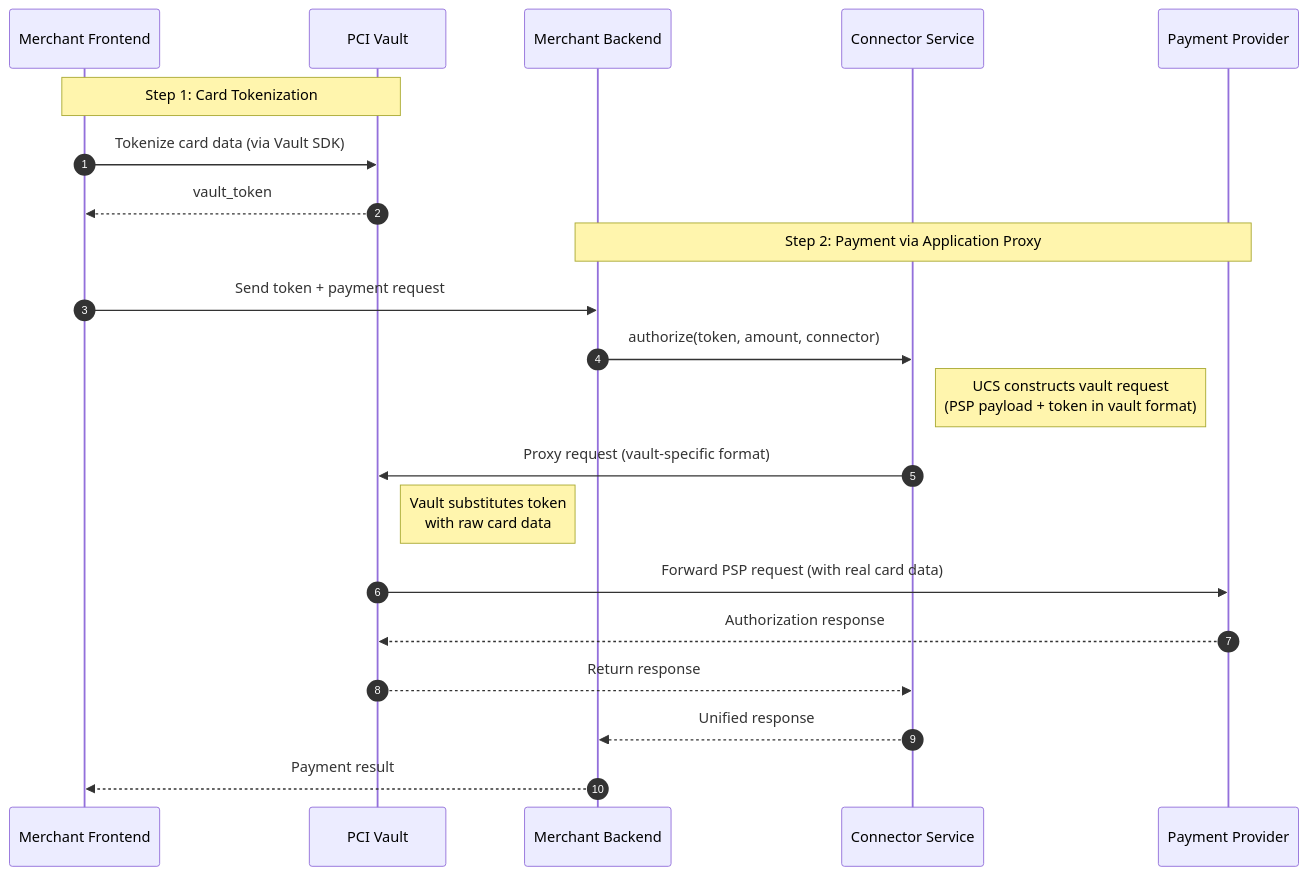
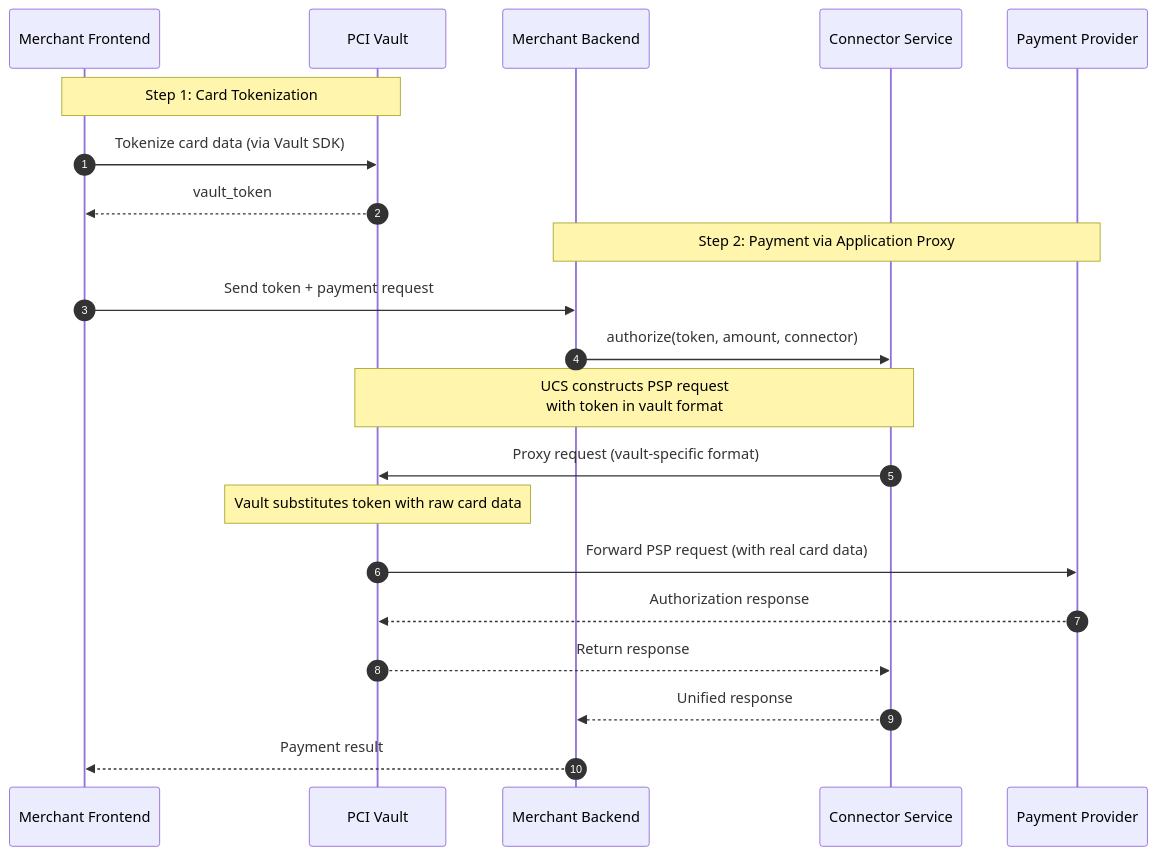
The diagram in docs/pci-compliance/application-proxy.md (juspay/connector-service), drawn with Mermaid before and after one commit. The commit also changed 1 other file, not shown here.

Commit message:
docs: fix mermaid diagram note positioning
Change from 'note right of' to 'note over' for cleaner rendering:
- README.md: note over connector-service,Vault
- application-proxy.md: note over UCS,Vault and note over Vault

This avoids cramped text placement in sequence diagrams.

````diff
--- a/docs/pci-compliance/application-proxy.md
+++ b/docs/pci-compliance/application-proxy.md
@@ -25,25 +25,25 @@
 ```mermaid
 sequenceDiagram
     autonumber
     participant FE as Merchant Frontend
     participant Vault as PCI Vault
     participant BE as Merchant Backend
     participant UCS as Connector Service
     participant PSP as Payment Provider
 
     Note over FE,Vault: Step 1: Card Tokenization
     FE->>Vault: Tokenize card data (via Vault SDK)
     Vault-->>FE: vault_token
 
     Note over BE,PSP: Step 2: Payment via Application Proxy
     FE->>BE: Send token + payment request
     BE->>UCS: authorize(token, amount, connector)
-    Note right of UCS: UCS constructs vault request<br/>(PSP payload + token in vault format)
+    Note over UCS,Vault: UCS constructs PSP request<br/>with token in vault format
     UCS->>Vault: Proxy request (vault-specific format)
-    Note right of Vault: Vault substitutes token<br/>with raw card data
+    Note over Vault: Vault substitutes token with raw card data
     Vault->>PSP: Forward PSP request (with real card data)
     PSP-->>Vault: Authorization response
     Vault-->>UCS: Return response
     UCS-->>BE: Unified response
     BE-->>FE: Payment result
 ```
````
